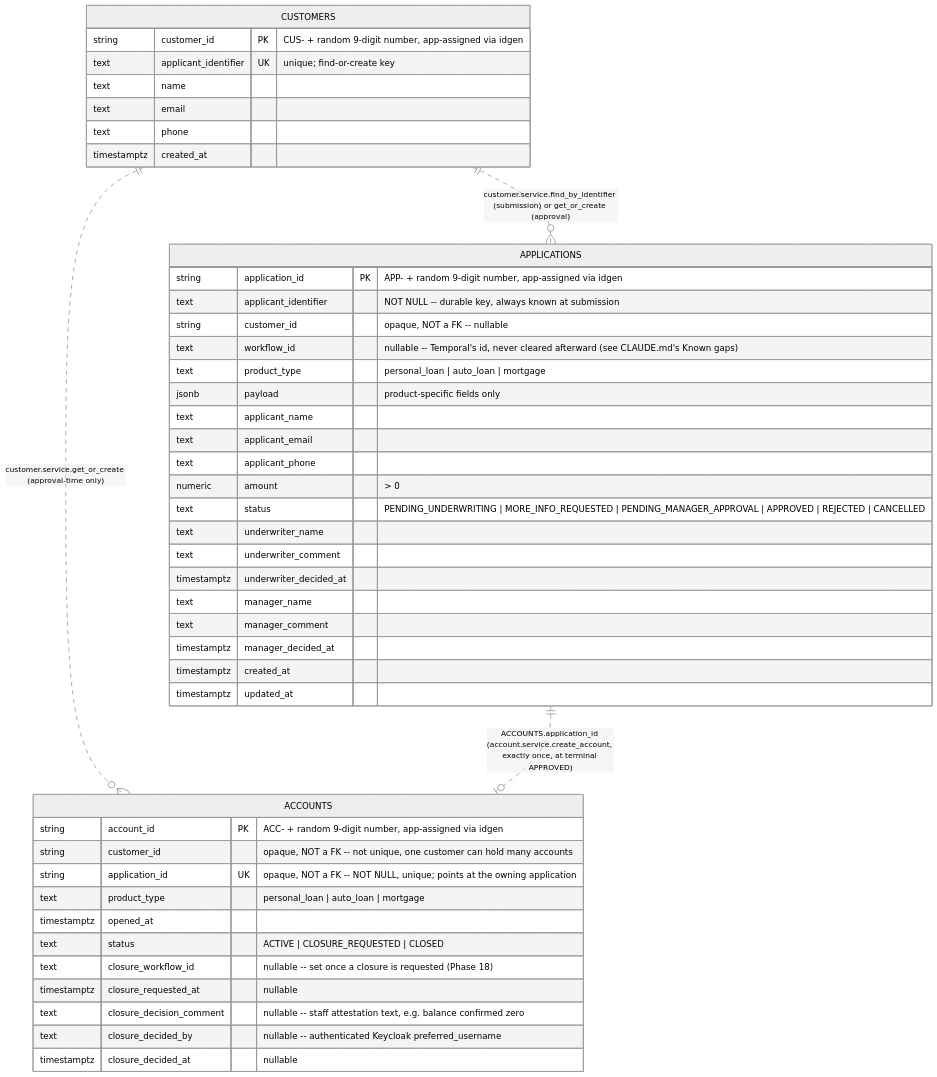
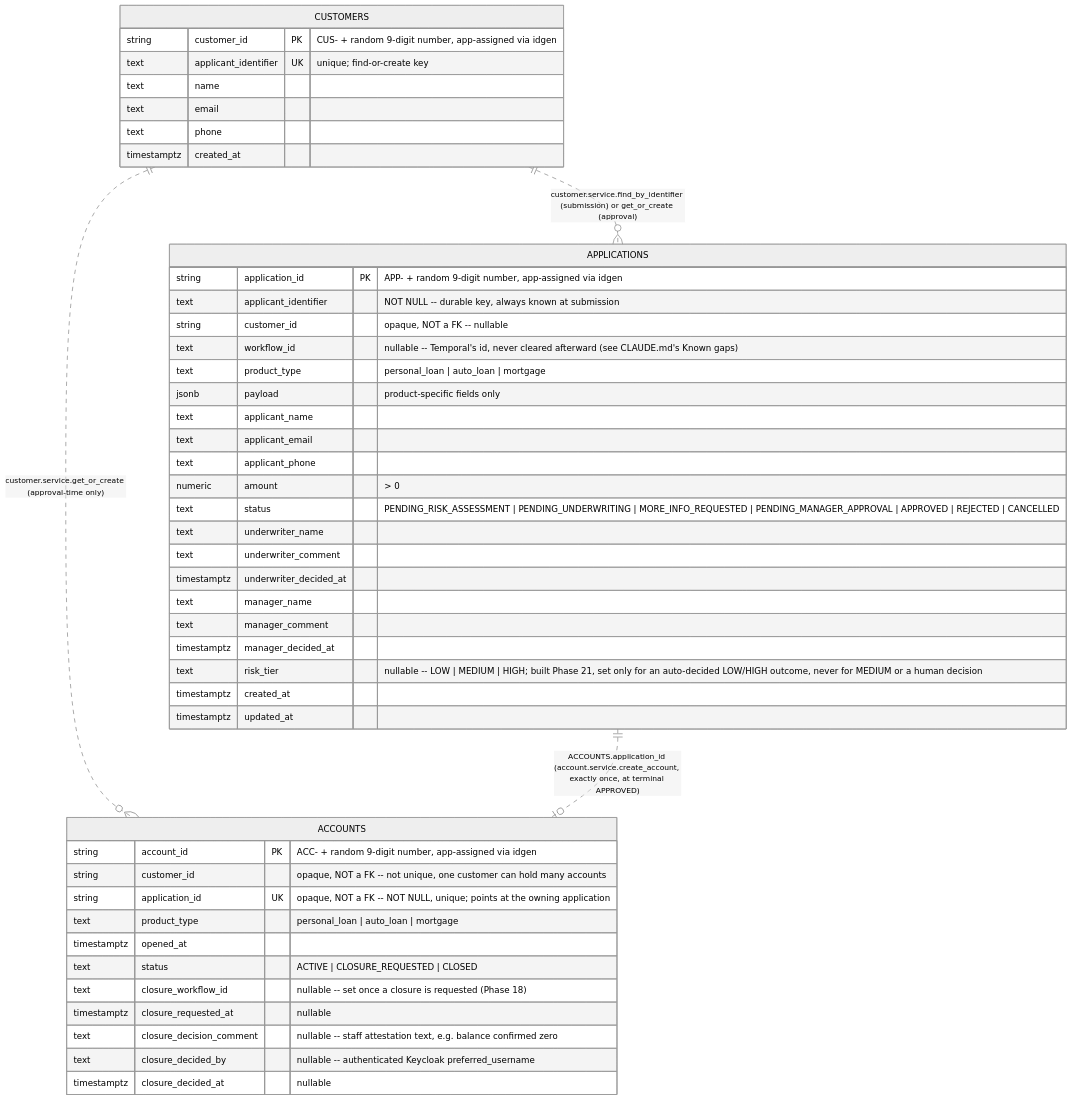
The diagram in docs/diagrams/er-diagram.md (bunyawats/loan-onboarding-poc), drawn with Mermaid (neutral theme) before and after one commit. The commit also changed other lines of this file and 6 other files, not shown here.

First line of the commit message:
Update all docs/ for Phase 21 (built and live-verified)

````diff
--- a/docs/diagrams/er-diagram.md
+++ b/docs/diagrams/er-diagram.md
@@ -18,51 +18,52 @@
 ```mermaid
 erDiagram
     CUSTOMERS ||..o{ ACCOUNTS : "customer.service.get_or_create (approval-time only)"
     CUSTOMERS ||..o{ APPLICATIONS : "customer.service.find_by_identifier (submission) or get_or_create (approval)"
     APPLICATIONS ||..o| ACCOUNTS : "ACCOUNTS.application_id (account.service.create_account, exactly once, at terminal APPROVED)"
 
     CUSTOMERS {
         string customer_id PK "CUS- + random 9-digit number, app-assigned via idgen"
         text applicant_identifier UK "unique; find-or-create key"
         text name
         text email
         text phone
         timestamptz created_at
     }
 
     ACCOUNTS {
         string account_id PK "ACC- + random 9-digit number, app-assigned via idgen"
         string customer_id "opaque, NOT a FK -- not unique, one customer can hold many accounts"
         string application_id UK "opaque, NOT a FK -- NOT NULL, unique; points at the owning application"
         text product_type "personal_loan | auto_loan | mortgage"
         timestamptz opened_at
         text status "ACTIVE | CLOSURE_REQUESTED | CLOSED"
         text closure_workflow_id "nullable -- set once a closure is requested (Phase 18)"
         timestamptz closure_requested_at "nullable"
         text closure_decision_comment "nullable -- staff attestation text, e.g. balance confirmed zero"
         text closure_decided_by "nullable -- authenticated Keycloak preferred_username"
         timestamptz closure_decided_at "nullable"
     }
 
     APPLICATIONS {
         string application_id PK "APP- + random 9-digit number, app-assigned via idgen"
         text applicant_identifier "NOT NULL -- durable key, always known at submission"
         string customer_id "opaque, NOT a FK -- nullable"
         text workflow_id "nullable -- Temporal's id, never cleared afterward (see CLAUDE.md's Known gaps)"
         text product_type "personal_loan | auto_loan | mortgage"
         jsonb payload "product-specific fields only"
         text applicant_name
         text applicant_email
         text applicant_phone
         numeric amount "> 0"
-        text status "PENDING_UNDERWRITING | MORE_INFO_REQUESTED | PENDING_MANAGER_APPROVAL | APPROVED | REJECTED | CANCELLED"
+        text status "PENDING_RISK_ASSESSMENT | PENDING_UNDERWRITING | MORE_INFO_REQUESTED | PENDING_MANAGER_APPROVAL | APPROVED | REJECTED | CANCELLED"
         text underwriter_name
         text underwriter_comment
         timestamptz underwriter_decided_at
         text manager_name
         text manager_comment
         timestamptz manager_decided_at
+        text risk_tier "nullable -- LOW | MEDIUM | HIGH; built Phase 21, set only for an auto-decided LOW/HIGH outcome, never for MEDIUM or a human decision"
         timestamptz created_at
         timestamptz updated_at
     }
 ```
````
